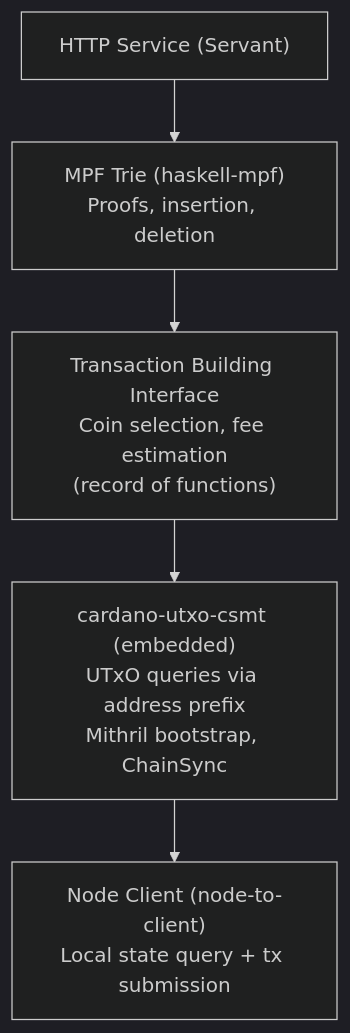
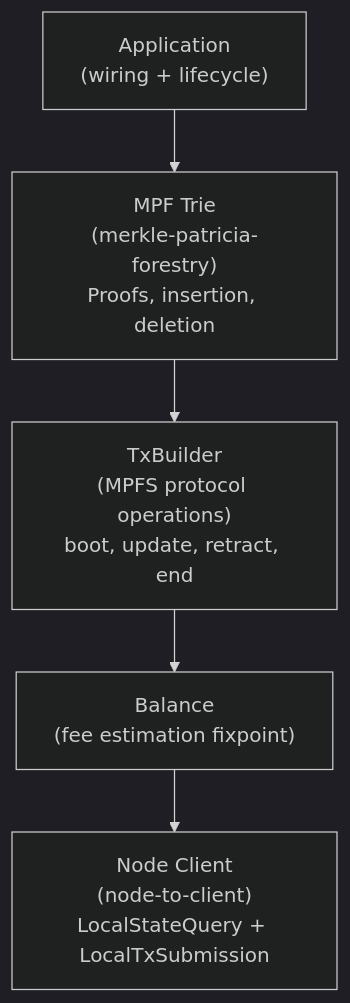
One commit to paolino/haskell-mpf changed the first of 5 diagrams in docs/architecture/overview.md. Above: the diagram before and after it, drawn with Mermaid (dark theme). The commit also changed other lines of this file and 6 other files, not shown here.

Commit message:
docs: update architecture docs to match current code state

````diff
--- a/docs/architecture/overview.md
+++ b/docs/architecture/overview.md
@@ -5,10 +5,10 @@
 ```mermaid
 flowchart TD
-    http["HTTP Service (Servant)"]
-    mpf["MPF Trie (haskell-mpf)\nProofs, insertion, deletion"]
-    txb["Transaction Building Interface\nCoin selection, fee estimation\n(record of functions)"]
-    csmt["cardano-utxo-csmt (embedded)\nUTxO queries via address prefix\nMithril bootstrap, ChainSync"]
-    node["Node Client (node-to-client)\nLocal state query + tx submission"]
+    app["Application<br/>(wiring + lifecycle)"]
+    mpf["MPF Trie<br/>(merkle-patricia-forestry)<br/>Proofs, insertion, deletion"]
+    txb["TxBuilder<br/>(MPFS protocol operations)<br/>boot, update, retract, end"]
+    bal["Balance<br/>(fee estimation fixpoint)"]
+    n2c["Node Client<br/>(node-to-client)<br/>LocalStateQuery + LocalTxSubmission"]
 
-    http --> mpf --> txb --> csmt --> node
+    app --> mpf --> txb --> bal --> n2c
 ```
````
